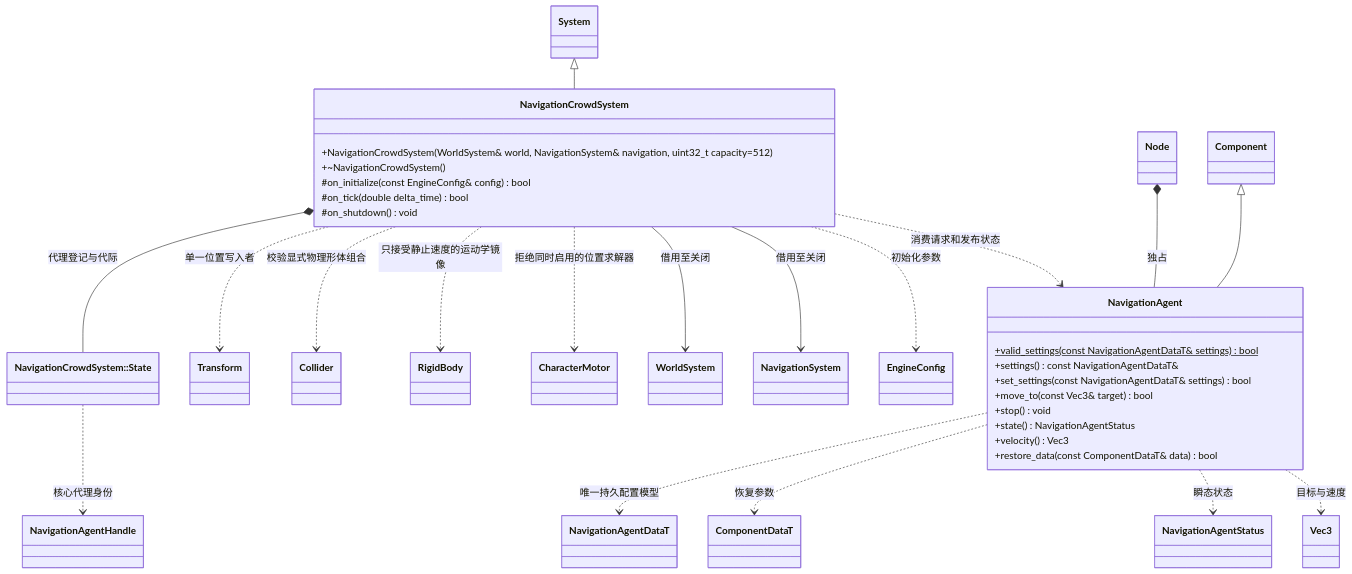
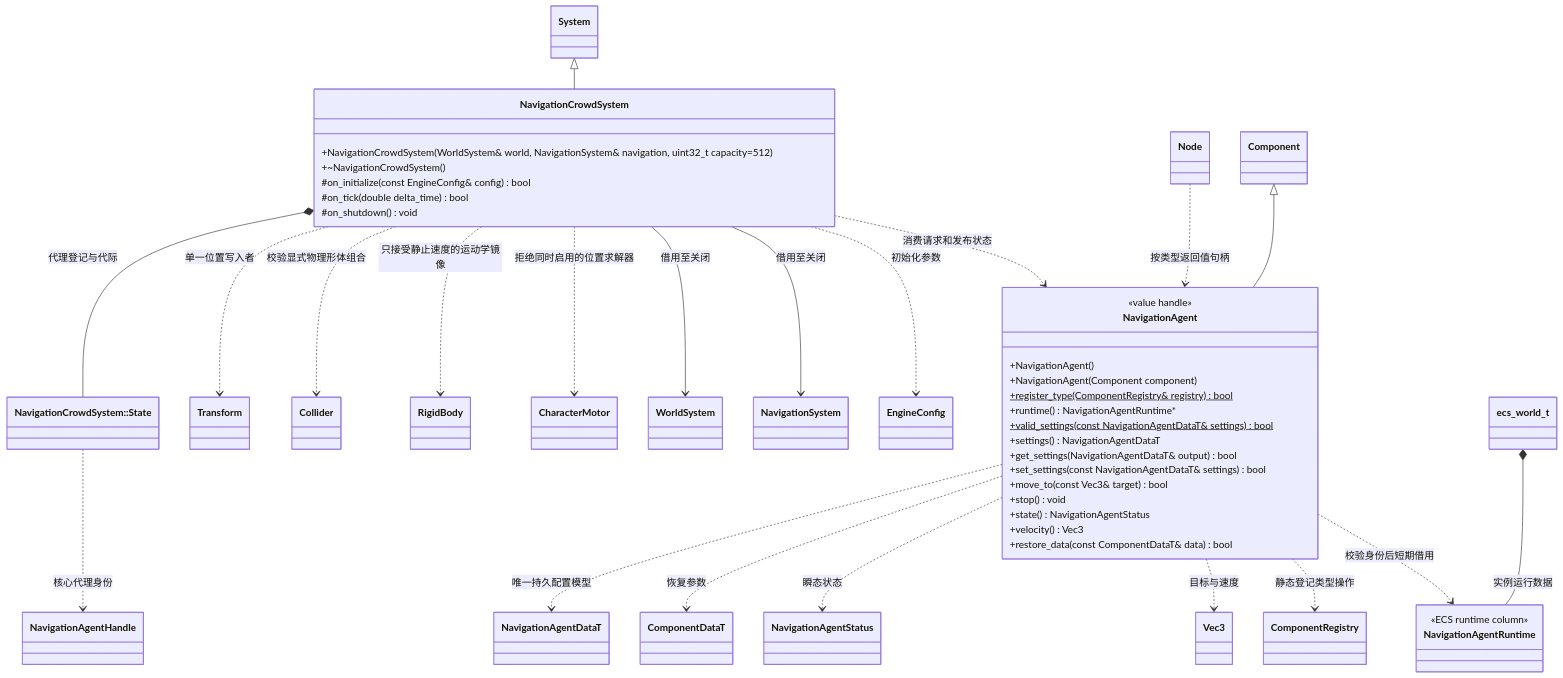
One commit to lcals/Engine changed the diagram in docs/plugins/runtime/class-diagrams/navigation-crowd.md. Above: the diagram before and after it, drawn with Mermaid. The commit also changed other lines of this file and 291 other files, not shown here.

Commit message:
Migrate scene data to ECS and add rendering quality controls

````diff
--- a/docs/plugins/runtime/class-diagrams/navigation-crowd.md
+++ b/docs/plugins/runtime/class-diagrams/navigation-crowd.md
@@ -7,53 +7,68 @@
 ```mermaid
 classDiagram
     class NavigationAgent {
+        <<value handle>>
+        +NavigationAgent()
+        +NavigationAgent(Component component)
+        +register_type(ComponentRegistry& registry) bool$
+        +runtime() NavigationAgentRuntime#42;
         +valid_settings(const NavigationAgentDataT& settings)$ bool
-        +settings() const NavigationAgentDataT&
+        +settings() NavigationAgentDataT
+        +get_settings(NavigationAgentDataT& output) bool
         +set_settings(const NavigationAgentDataT& settings) bool
         +move_to(const Vec3& target) bool
         +stop() void
         +state() NavigationAgentStatus
         +velocity() Vec3
         +restore_data(const ComponentDataT& data) bool
     }
     class NavigationCrowdSystem {
         +NavigationCrowdSystem(WorldSystem& world, NavigationSystem& navigation, uint32_t capacity=512)
         +~NavigationCrowdSystem()
         #on_initialize(const EngineConfig& config) bool
         #on_tick(double delta_time) bool
         #on_shutdown() void
     }
     class Component
     class System
     class Node
     class Transform
     class Collider
     class RigidBody
     class CharacterMotor
     class WorldSystem
     class NavigationSystem
     class NavigationAgentDataT
     class ComponentDataT
     class NavigationAgentStatus
     class NavigationAgentHandle
     class Vec3
     class EngineConfig
     class CrowdState["NavigationCrowdSystem::State"]
     Component <|-- NavigationAgent
     System <|-- NavigationCrowdSystem
-    Node *-- NavigationAgent : 独占
+    Node ..> NavigationAgent : 按类型返回值句柄
     NavigationAgent ..> NavigationAgentDataT : 唯一持久配置模型
     NavigationAgent ..> ComponentDataT : 恢复参数
     NavigationAgent ..> NavigationAgentStatus : 瞬态状态
     NavigationAgent ..> Vec3 : 目标与速度
     NavigationCrowdSystem --> WorldSystem : 借用至关闭
     NavigationCrowdSystem --> NavigationSystem : 借用至关闭
     NavigationCrowdSystem *-- CrowdState : 代理登记与代际
     CrowdState ..> NavigationAgentHandle : 核心代理身份
     NavigationCrowdSystem ..> NavigationAgent : 消费请求和发布状态
     NavigationCrowdSystem ..> Transform : 单一位置写入者
     NavigationCrowdSystem ..> Collider : 校验显式物理形体组合
     NavigationCrowdSystem ..> RigidBody : 只接受静止速度的运动学镜像
     NavigationCrowdSystem ..> CharacterMotor : 拒绝同时启用的位置求解器
     NavigationCrowdSystem ..> EngineConfig : 初始化参数
+    class ComponentRegistry
+    class ecs_world_t
+    class NavigationAgentRuntime {
+        <<ECS runtime column>>
+    }
+    ecs_world_t *-- NavigationAgentRuntime : 实例运行数据
+    NavigationAgent ..> NavigationAgentRuntime : 校验身份后短期借用
+    NavigationAgent ..> ComponentRegistry : 静态登记类型操作
+
 ```
````
